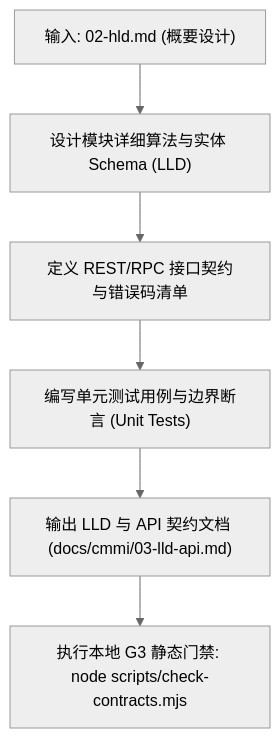
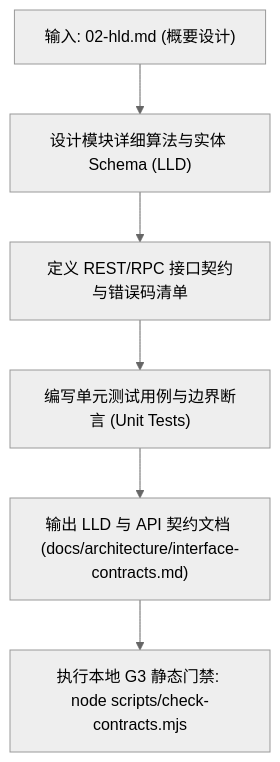
The diagram in .agents/skills/cmmi-detailed-contracts/SKILL.md (xaicd/coolie), drawn with Mermaid (neutral theme) before and after one commit. The commit also changed other lines of this file and 437 other files, not shown here.

````diff
--- a/.agents/skills/cmmi-detailed-contracts/SKILL.md
+++ b/.agents/skills/cmmi-detailed-contracts/SKILL.md
@@ -26,8 +28,8 @@
 ```mermaid
 flowchart TD
   A["输入: 02-hld.md (概要设计)"] --> B["设计模块详细算法与实体 Schema (LLD)"]
   B --> C["定义 REST/RPC 接口契约与错误码清单"]
   C --> D["编写单元测试用例与边界断言 (Unit Tests)"]
-  D --> E["输出 LLD 与 API 契约文档 (docs/cmmi/03-lld-api.md)"]
+  D --> E["输出 LLD 与 API 契约文档 (docs/architecture/interface-contracts.md)"]
   E --> F["执行本地 G3 静态门禁: node scripts/check-contracts.mjs"]
 ```
````
